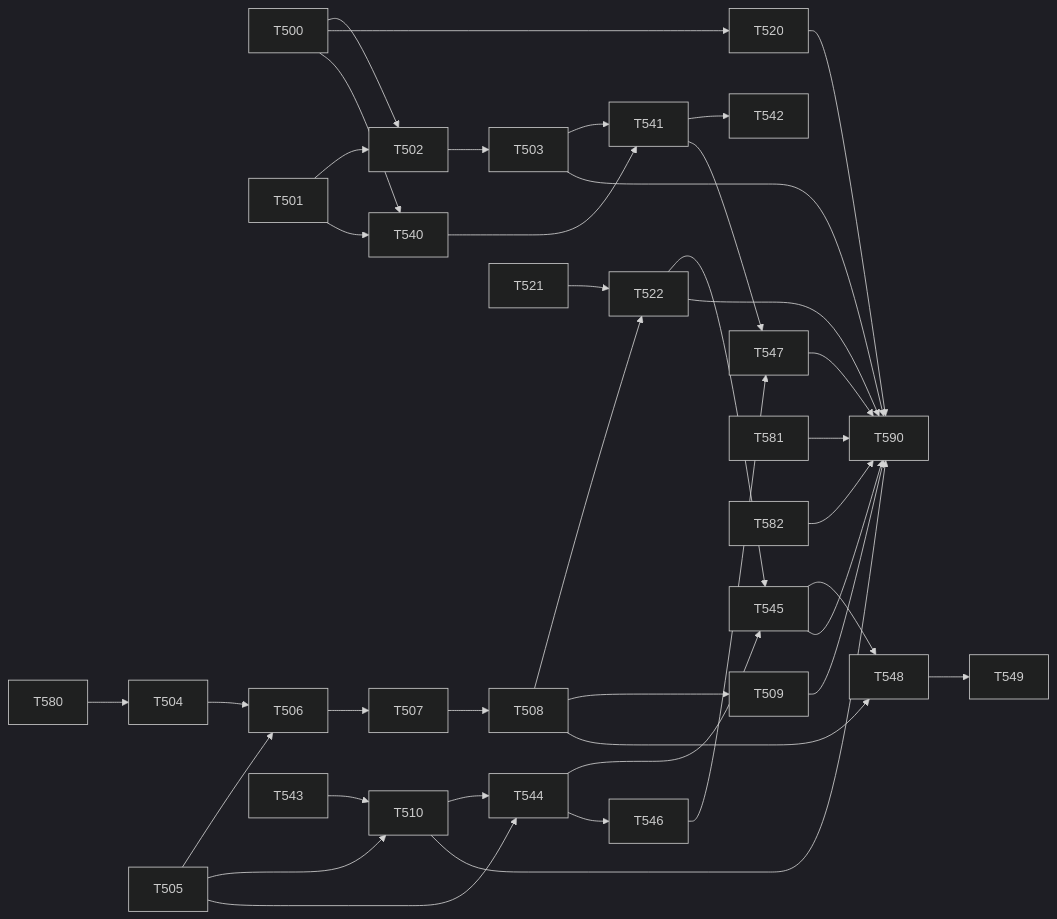
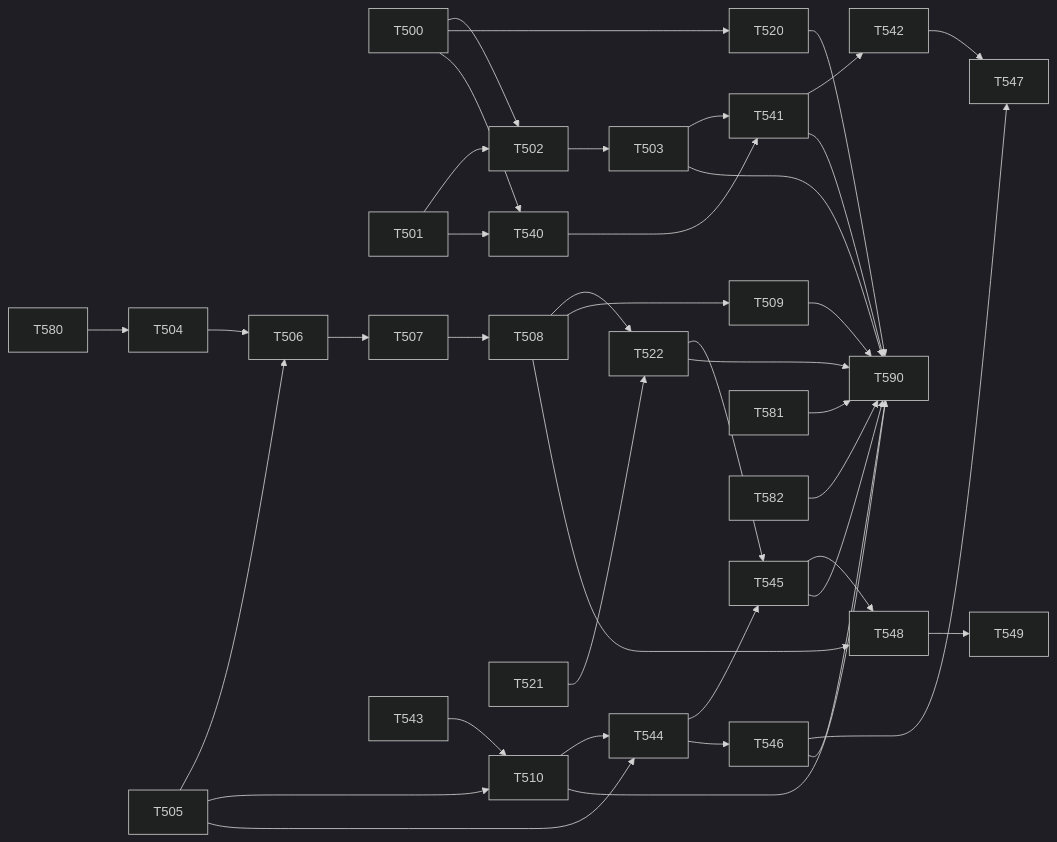
Before and after one commit to kvelev/bee-with-me: the diagram in docs/superpowers/plans/2026-11-10-vs-wave2-overview.md, drawn with Mermaid (dark theme). The commit also changed other lines of this file and 3 other files, not shown here.

````diff
--- a/docs/superpowers/plans/2026-11-10-vs-wave2-overview.md
+++ b/docs/superpowers/plans/2026-11-10-vs-wave2-overview.md
@@ -40,23 +40,22 @@
 ```mermaid
 flowchart LR
     T500 --> T502
     T501 --> T502 --> T503
     T500 --> T520
     T500 --> T540
     T501 --> T540
     T503 --> T541
-    T540 --> T541 --> T542
-    T541 --> T547
+    T540 --> T541 --> T542 --> T547
     T580 --> T504 --> T506 --> T507 --> T508 --> T522 --> T545
     T505 --> T506
     T508 --> T509
     T505 --> T510
     T543 --> T510 --> T544
     T505 --> T544
     T521 --> T522
     T544 --> T545
     T544 --> T546 --> T547
     T545 --> T548 --> T549
     T508 --> T548
-    T503 & T509 & T510 & T520 & T522 & T545 & T547 & T581 & T582 --> T590
+    T503 & T509 & T510 & T520 & T522 & T541 & T545 & T546 & T581 & T582 --> T590
 ```
````
